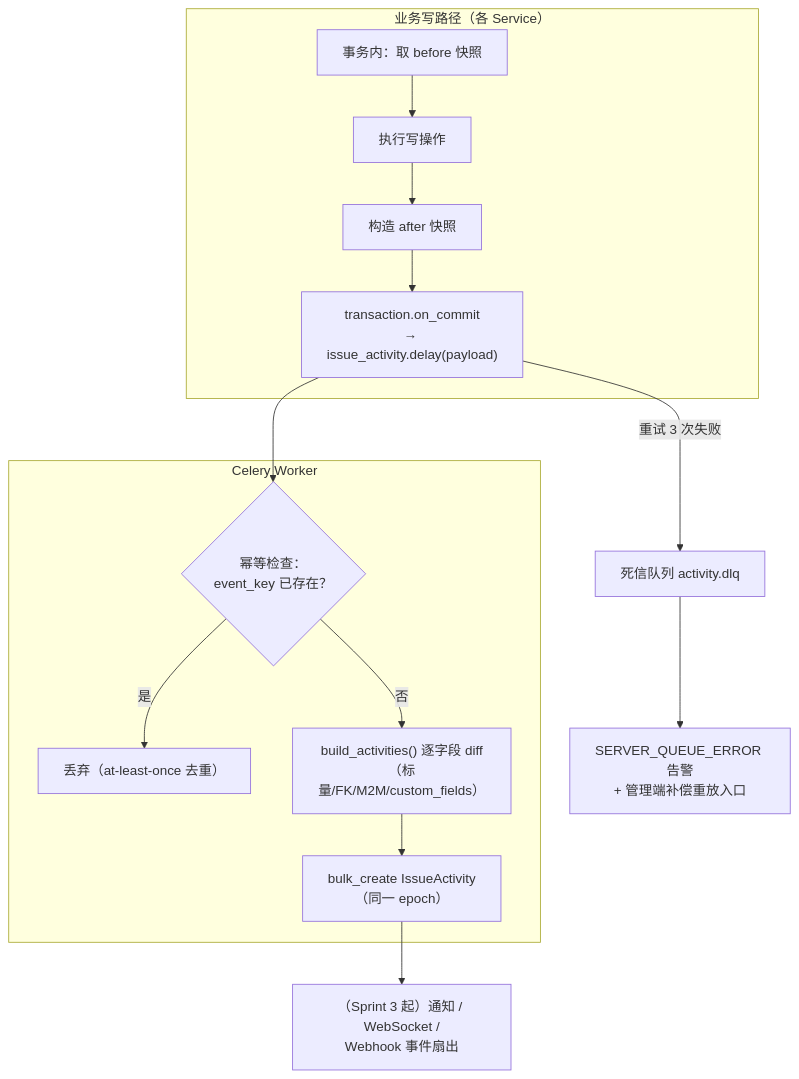
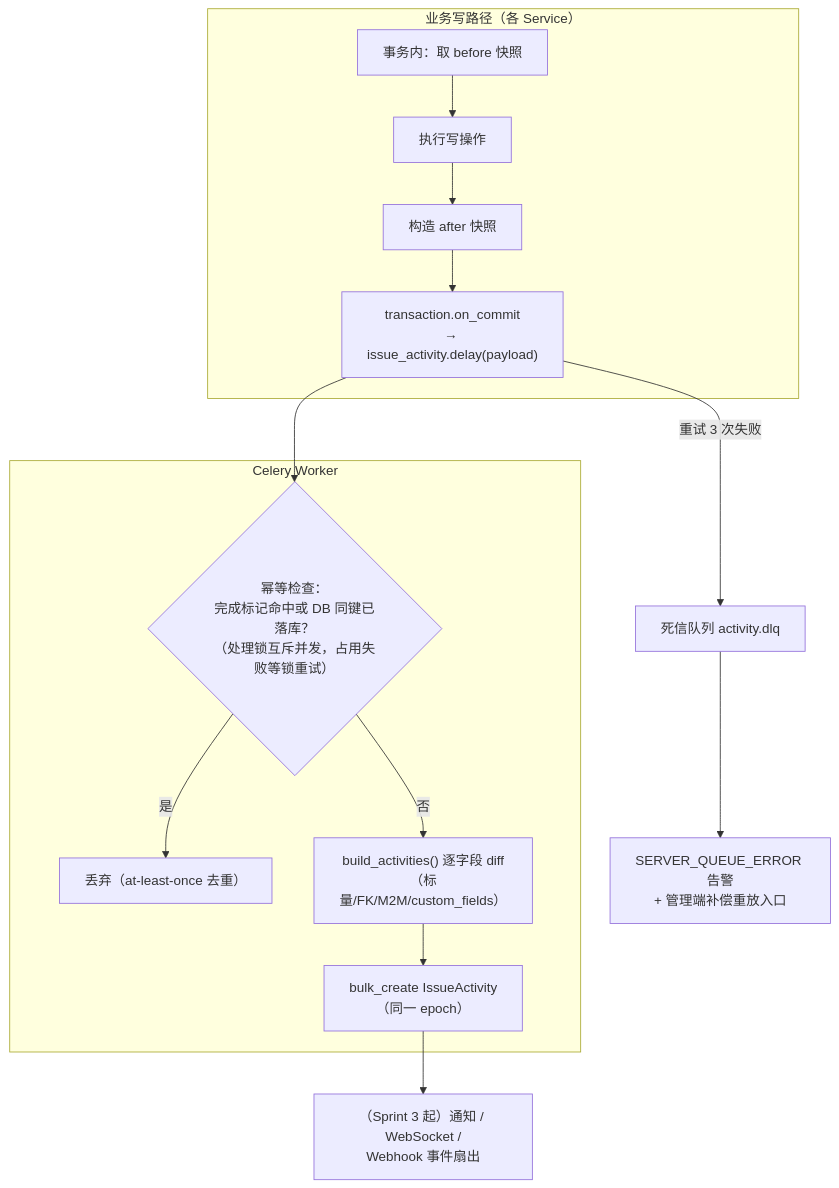
Before and after one commit to RabbitAI-Lab/RabbitProjects: the first of 3 diagrams in docs/sprint-2-task-full/TASK-010-full-audit-log.md, drawn with Mermaid. The commit also changed other lines of this file and 6 other files, not shown here.

````diff
--- a/docs/sprint-2-task-full/TASK-010-full-audit-log.md
+++ b/docs/sprint-2-task-full/TASK-010-full-audit-log.md
@@ -98,17 +99,17 @@
 ```mermaid
 flowchart TD
     subgraph 写路径["业务写路径（各 Service）"]
         A["事务内：取 before 快照"] --> B["执行写操作"]
         B --> C["构造 after 快照"]
         C --> D["transaction.on_commit<br/>→ issue_activity.delay(payload)"]
     end
     subgraph 异步["Celery Worker"]
-        D --> E{"幂等检查：<br/>event_key 已存在？"}
+        D --> E{"幂等检查：<br/>完成标记命中或 DB 同键已落库？<br/>（处理锁互斥并发，占用失败等锁重试）"}
         E -->|是| F["丢弃（at-least-once 去重）"]
         E -->|否| G["build_activities() 逐字段 diff<br/>（标量/FK/M2M/custom_fields）"]
         G --> H["bulk_create IssueActivity<br/>（同一 epoch）"]
     end
     H --> I["（Sprint 3 起）通知 / WebSocket /<br/>Webhook 事件扇出"]
     D -->|重试 3 次失败| J["死信队列 activity.dlq"]
     J --> K["SERVER_QUEUE_ERROR 告警<br/>+ 管理端补偿重放入口"]
 ```
````
